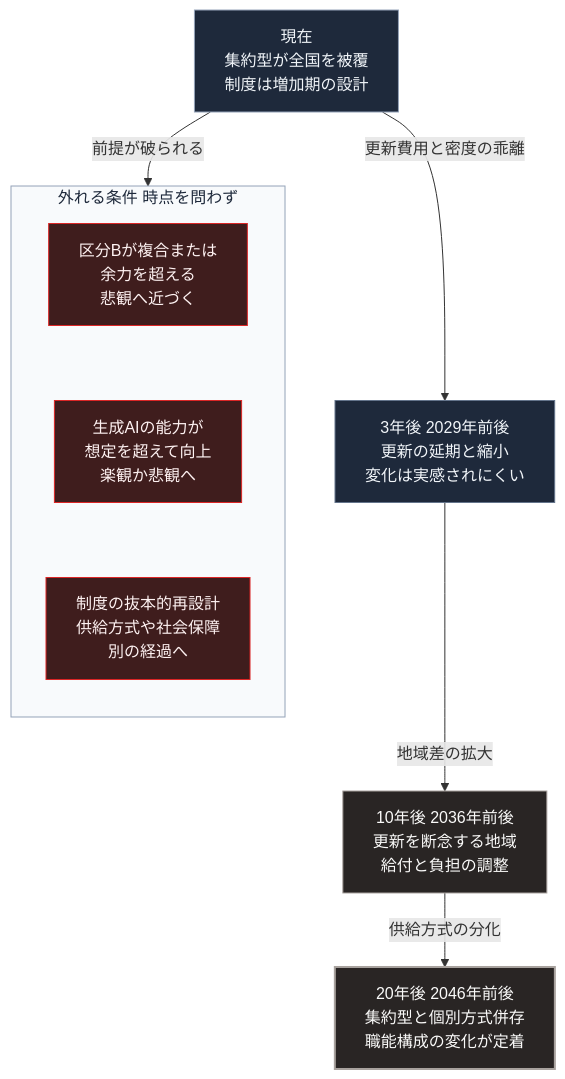
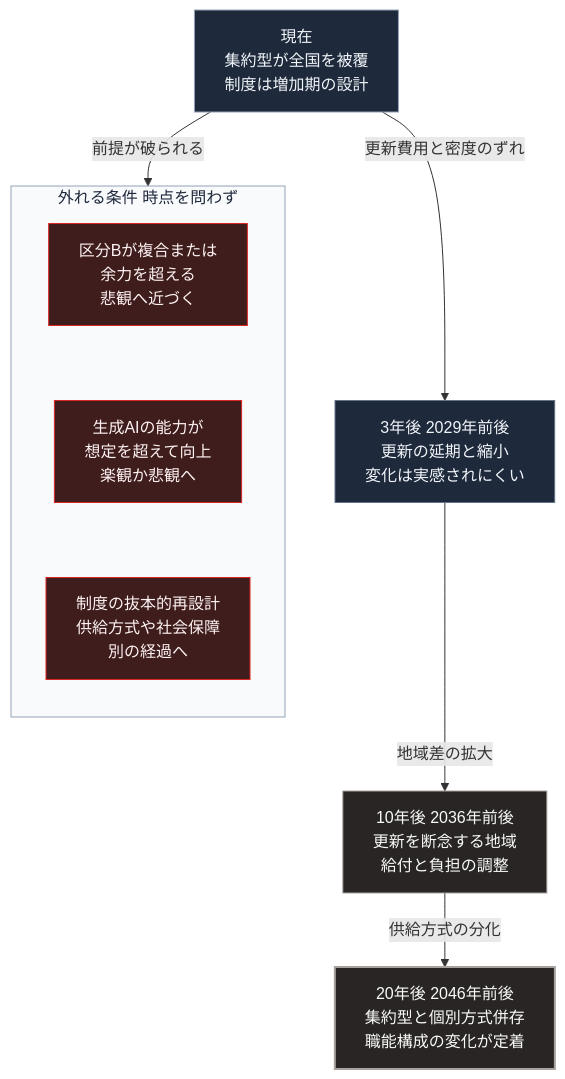
Before and after one commit to Takenori-Kusaka/zenn-content: the diagram in books/sovereign-resilience-blueprint/scenario-baseline.md, drawn with Mermaid. The commit also changed 15 other files, not shown here.

````diff
--- a/books/sovereign-resilience-blueprint/scenario-baseline.md
+++ b/books/sovereign-resilience-blueprint/scenario-baseline.md
@@ -73,22 +73,22 @@
 ```mermaid
 flowchart TD
     T0[現在<br>集約型が全国を被覆<br>制度は増加期の設計]
-    T0 -->|更新費用と密度の乖離| T3[3年後 2029年前後<br>更新の延期と縮小<br>変化は実感されにくい]
+    T0 -->|更新費用と密度のずれ| T3[3年後 2029年前後<br>更新の延期と縮小<br>変化は実感されにくい]
     T3 -->|地域差の拡大| T10[10年後 2036年前後<br>更新を断念する地域<br>給付と負担の調整]
     T10 -->|供給方式の分化| T20[20年後 2046年前後<br>集約型と個別方式併存<br>職能構成の変化が定着]
     subgraph G[外れる条件 時点を問わず]
         direction TB
         X1[区分Bが複合または<br>余力を超える<br>悲観へ近づく] ~~~ X2[生成AIの能力が<br>想定を超えて向上<br>楽観か悲観へ]
         X2 ~~~ X3[制度の抜本的再設計<br>供給方式や社会保障<br>別の経過へ]
     end
     T0 -->|前提が破られる| G
 
     style T0 fill:#1e293b,stroke:#94a3b8,color:#f1f5f9
     style T3 fill:#1e293b,stroke:#64748b,color:#f1f5f9
     style T10 fill:#292524,stroke:#a8a29e,color:#fafaf9
     style T20 fill:#292524,stroke:#a8a29e,stroke-width:2px,color:#fafaf9
     style G fill:#f8fafc,stroke:#94a3b8,color:#1e293b
     style X1 fill:#3f1d1d,stroke:#dc2626,color:#fef2f2
     style X2 fill:#3f1d1d,stroke:#dc2626,color:#fef2f2
     style X3 fill:#3f1d1d,stroke:#dc2626,color:#fef2f2
 ```
````
